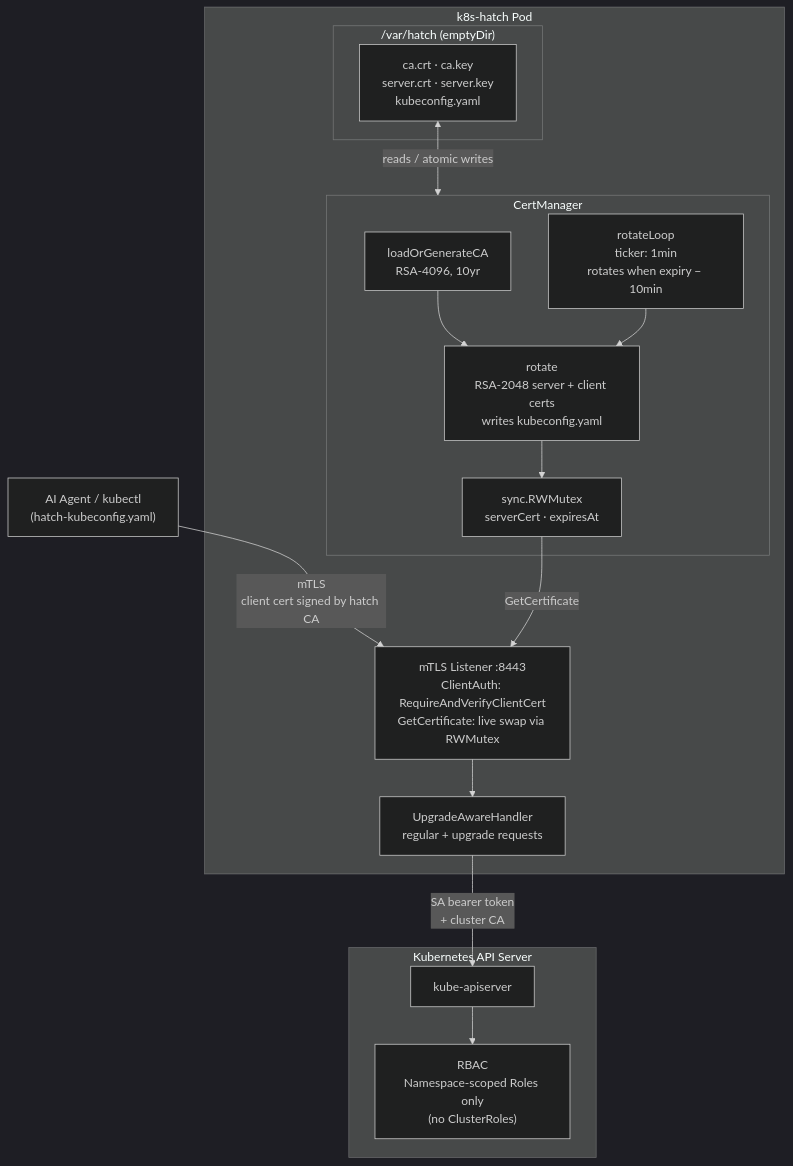
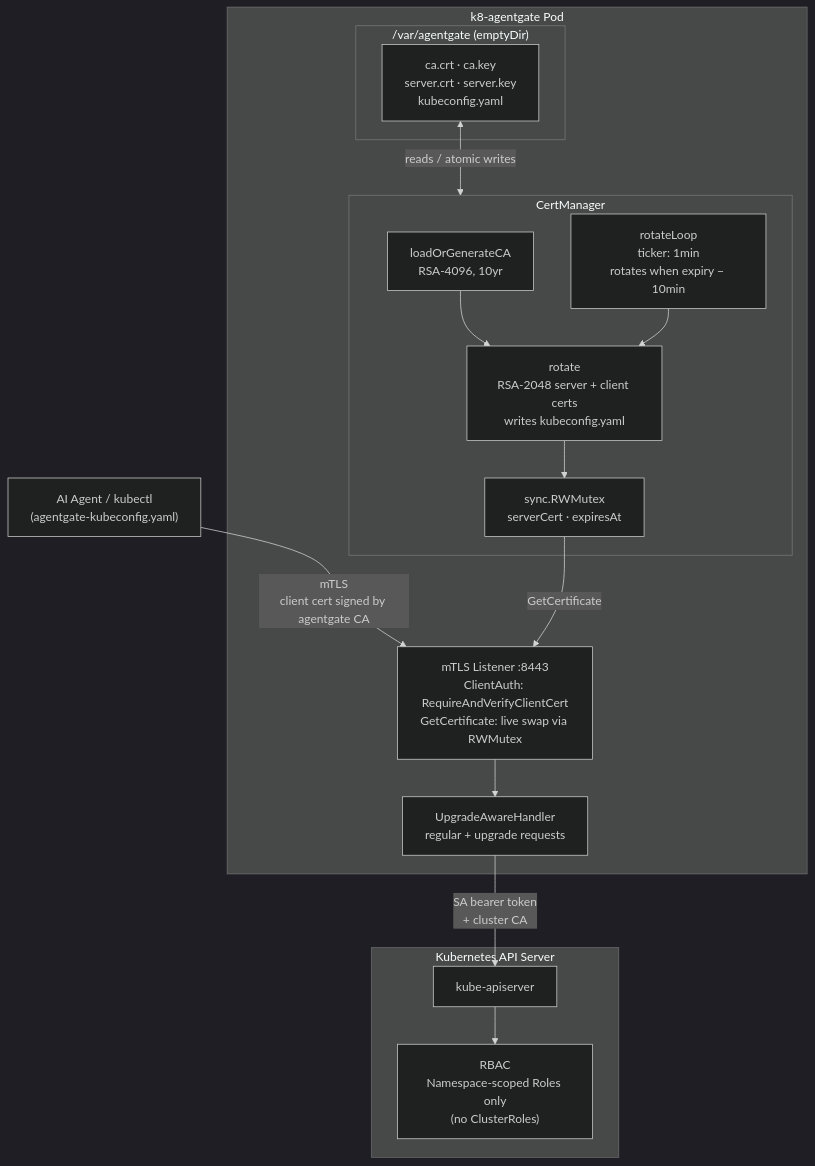
The first of 4 diagrams in ARCHITECTURE.md (avinashpenmetsa/k8s-agentgate), drawn with Mermaid (dark theme) before and after one commit. The commit also changed other lines of this file and 20 other files, not shown here.

````diff
--- a/ARCHITECTURE.md
+++ b/ARCHITECTURE.md
@@ -5,35 +5,35 @@
 ```mermaid
 graph TB
-    Agent["AI Agent / kubectl\n(hatch-kubeconfig.yaml)"]
+    Agent["AI Agent / kubectl\n(agentgate-kubeconfig.yaml)"]
 
-    subgraph pod["k8s-hatch Pod"]
-        subgraph emptydir["/var/hatch (emptyDir)"]
+    subgraph pod["k8-agentgate Pod"]
+        subgraph emptydir["/var/agentgate (emptyDir)"]
             files["ca.crt · ca.key\nserver.crt · server.key\nkubeconfig.yaml"]
         end
 
         subgraph cm["CertManager"]
             genCA["loadOrGenerateCA\nRSA-4096, 10yr"]
             rotate["rotate\nRSA-2048 server + client certs\nwrites kubeconfig.yaml"]
             loop["rotateLoop\nticker: 1min\nrotates when expiry − 10min"]
             lock["sync.RWMutex\nserverCert · expiresAt"]
         end
 
         listener["mTLS Listener :8443\nClientAuth: RequireAndVerifyClientCert\nGetCertificate: live swap via RWMutex"]
         handler["UpgradeAwareHandler\nregular + upgrade requests"]
     end
 
     subgraph k8s["Kubernetes API Server"]
         apiserver["kube-apiserver"]
         rbac["RBAC\nNamespace-scoped Roles only\n(no ClusterRoles)"]
     end
 
-    Agent -->|"mTLS\nclient cert signed by hatch CA"| listener
+    Agent -->|"mTLS\nclient cert signed by agentgate CA"| listener
     files <-->|reads / atomic writes| cm
     genCA --> rotate
     rotate --> lock
     loop --> rotate
     lock -->|GetCertificate| listener
     listener --> handler
     handler -->|"SA bearer token\n+ cluster CA"| apiserver
     apiserver --> rbac
 ```
````
